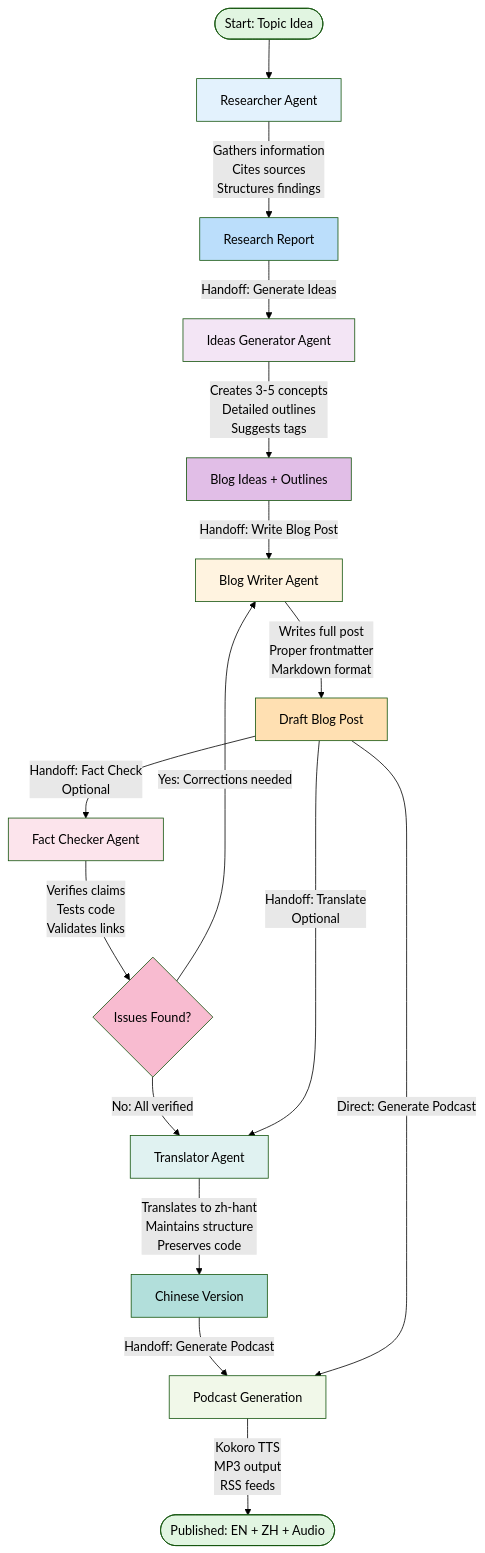
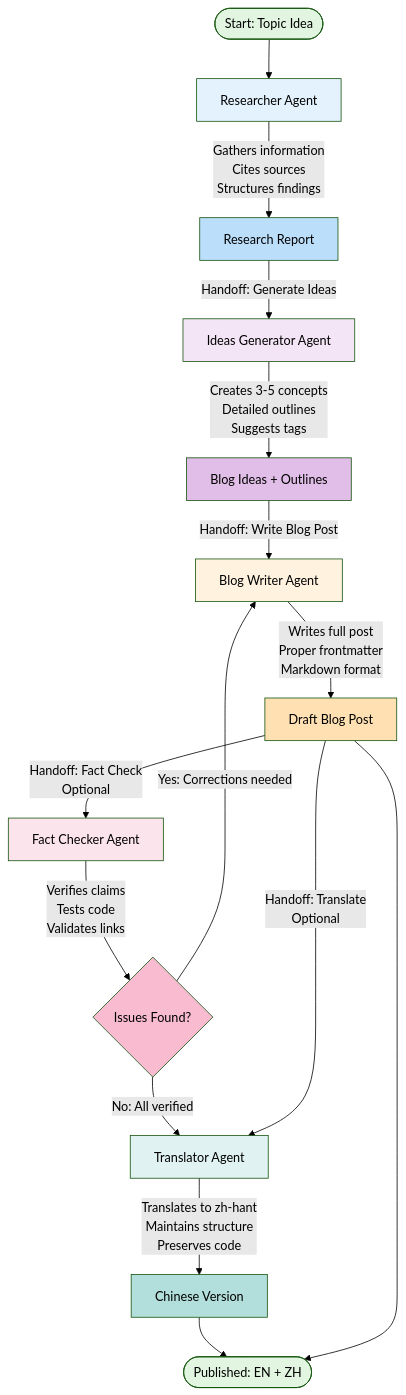
Before and after one commit to cmwen/cmwen.github.io: the first of 3 diagrams in .github/agents/WORKFLOW.md, drawn with Mermaid (forest theme). The commit also changed other lines of this file and 109 other files, not shown here.

````diff
--- a/.github/agents/WORKFLOW.md
+++ b/.github/agents/WORKFLOW.md
@@ -7,45 +7,41 @@
 ```mermaid
 graph TD
     Start([Start: Topic Idea]) --> R[Researcher Agent]
 
     R -->|Gathers information<br/>Cites sources<br/>Structures findings| R_Output[Research Report]
 
     R_Output -->|Handoff: Generate Ideas| I[Ideas Generator Agent]
 
     I -->|Creates 3-5 concepts<br/>Detailed outlines<br/>Suggests tags| I_Output[Blog Ideas + Outlines]
 
     I_Output -->|Handoff: Write Blog Post| W[Blog Writer Agent]
 
     W -->|Writes full post<br/>Proper frontmatter<br/>Markdown format| W_Output[Draft Blog Post]
 
     W_Output -->|Handoff: Fact Check<br/>Optional| F[Fact Checker Agent]
 
     F -->|Verifies claims<br/>Tests code<br/>Validates links| F_Output{Issues Found?}
 
     F_Output -->|Yes: Corrections needed| W
     F_Output -->|No: All verified| T[Translator Agent]
 
     W_Output -->|Handoff: Translate<br/>Optional| T
 
     T -->|Translates to zh-hant<br/>Maintains structure<br/>Preserves code| T_Output[Chinese Version]
 
-    T_Output -->|Handoff: Generate Podcast| P[Podcast Generation]
-    W_Output -->|Direct: Generate Podcast| P
-
-    P -->|Kokoro TTS<br/>MP3 output<br/>RSS feeds| End([Published: EN + ZH + Audio])
+    T_Output --> End([Published: EN + ZH])
+    W_Output --> End
 
     style Start fill:#e1f5e1
     style End fill:#e1f5e1
     style R fill:#e3f2fd
     style I fill:#f3e5f5
     style W fill:#fff3e0
     style F fill:#fce4ec
     style T fill:#e0f2f1
-    style P fill:#f1f8e9
-
     style R_Output fill:#bbdefb
     style I_Output fill:#e1bee7
     style W_Output fill:#ffe0b2
     style F_Output fill:#f8bbd0
     style T_Output fill:#b2dfdb
 ```
````
